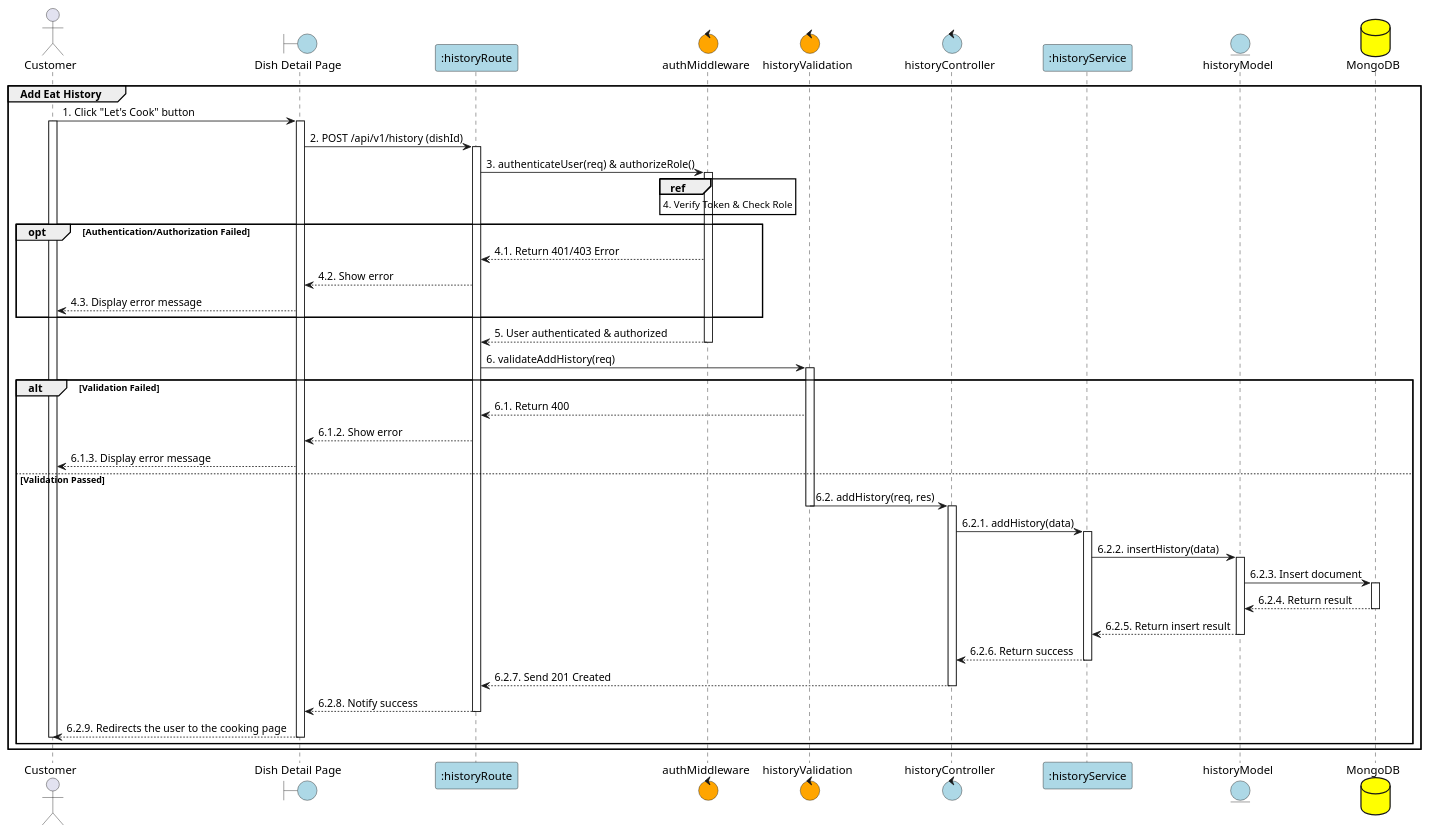
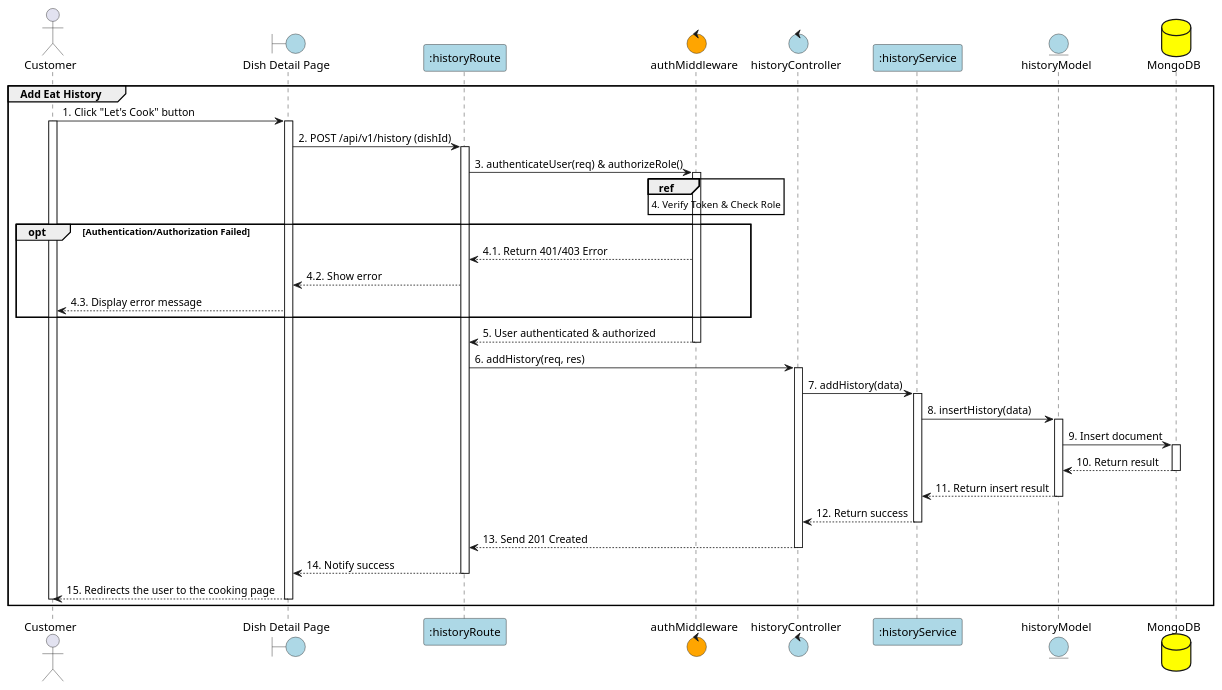
The diagram in PlanUML/new/UC-44_createHistory.puml (Aohkne/CaloCook), drawn with PlantUML before and after one commit. The commit also changed 12 other files, not shown here.

```diff
--- a/PlanUML/new/UC-44_createHistory.puml
+++ b/PlanUML/new/UC-44_createHistory.puml
@@ -1,77 +1,63 @@
 @startuml AddToHistory
 
 actor User as "Customer"
 boundary "Dish Detail Page" as View #lightblue
 participant ":historyRoute" as Route #lightblue
 control "authMiddleware" as Auth #Orange
-control "historyValidation" as Validation #orange
 control "historyController" as Controller #lightblue
 participant ":historyService" as Service #lightblue
 entity "historyModel" as Model #lightblue
 database "MongoDB" as MongoDB #yellow
 
 group Add Eat History
 User -> View: 1. Click "Let's Cook" button
 activate View
 activate User
 
 View -> Route: 2. POST /api/v1/history (dishId)
 activate Route
 
 Route -> Auth: 3. authenticateUser(req) & authorizeRole()
     activate Auth
     ref over Auth : 4. Verify Token & Check Role
 
     opt Authentication/Authorization Failed
         Auth --> Route: 4.1. Return 401/403 Error
         Route --> View: 4.2. Show error
         View --> User: 4.3. Display error message
     end
     Auth --> Route: 5. User authenticated & authorized
     deactivate Auth
 
-Route -> Validation: 6. validateAddHistory(req)
-activate Validation
+Route -> Controller: 6. addHistory(req, res)
+activate Controller
 
-alt Validation Failed
-    Validation --> Route: 6.1. Return 400
-    Route --> View: 6.1.2. Show error
-    View --> User: 6.1.3. Display error message
+Controller -> Service: 7. addHistory(data)
+activate Service
 
-else Validation Passed
+Service -> Model: 8. insertHistory(data)
+activate Model
 
-    Validation -> Controller: 6.2. addHistory(req, res)
-    deactivate Validation
-    activate Controller
+Model -> MongoDB: 9. Insert document
+activate MongoDB
+MongoDB --> Model: 10. Return result
+deactivate MongoDB
 
+Model --> Service: 11. Return insert result
+deactivate Model
 
-    Controller -> Service: 6.2.1. addHistory(data)
-    activate Service
+Service --> Controller: 12. Return success
+deactivate Service
 
-    Service -> Model: 6.2.2. insertHistory(data)
-    activate Model
+Controller --> Route: 13. Send 201 Created
+deactivate Controller
 
-    Model -> MongoDB: 6.2.3. Insert document
-    activate MongoDB
-    MongoDB --> Model: 6.2.4. Return result
-    deactivate MongoDB
+Route --> View: 14. Notify success
+deactivate Route
 
-    Model --> Service: 6.2.5. Return insert result
-    deactivate Model
-
-    Service --> Controller: 6.2.6. Return success
-    deactivate Service
-
-    Controller --> Route: 6.2.7. Send 201 Created
-    deactivate Controller
-
-    Route --> View: 6.2.8. Notify success
-    deactivate Route
-
-    View --> User: 6.2.9. Redirects the user to the cooking page
-    deactivate View
-    deactivate User
-end
+View --> User: 15. Redirects the user to the cooking page
+deactivate View
+deactivate User
 
 end
 @enduml
```
